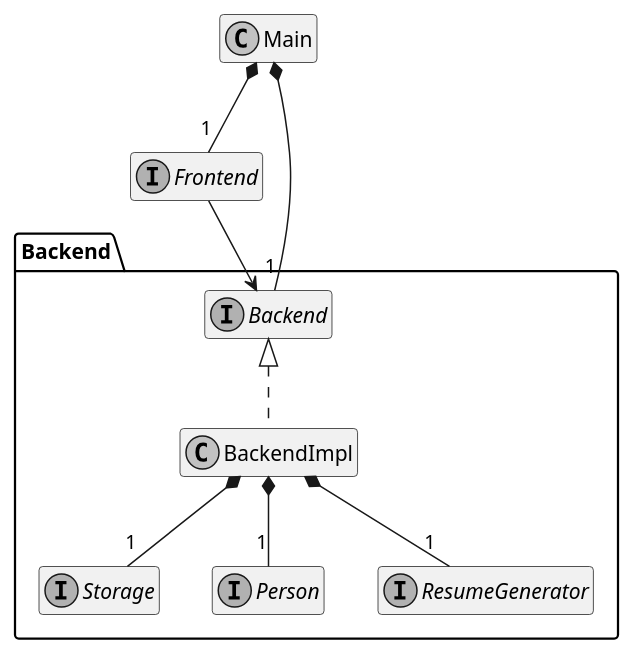
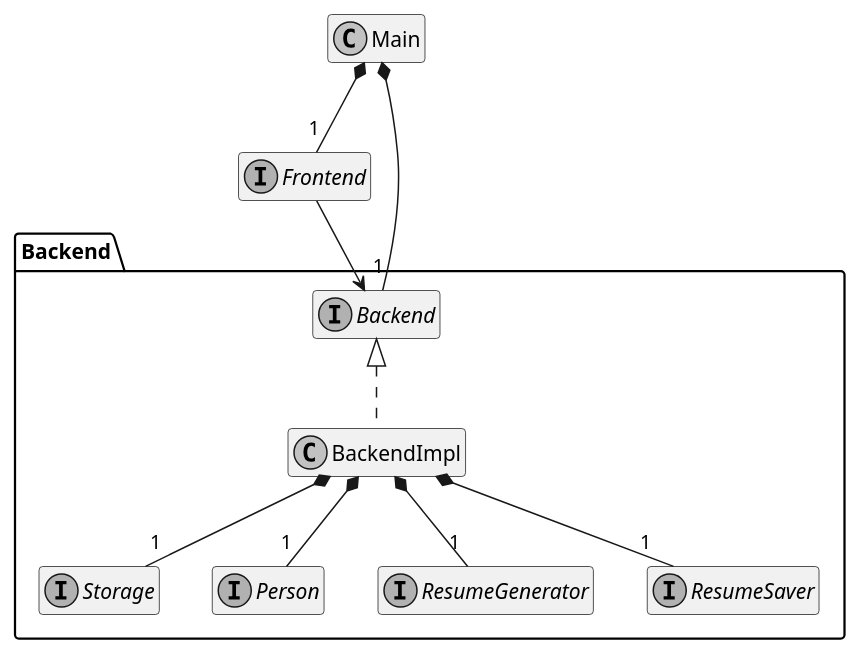
Before and after one commit to marckysan/ResuMe: the diagram in docs/diagrams/BackendArchitectureClassDiagram.puml, drawn with PlantUML. The commit also changed 3 other files, not shown here.

Commit message:
Update high-level architecture class diagram

```diff
--- a/docs/diagrams/BackendArchitectureClassDiagram.puml
+++ b/docs/diagrams/BackendArchitectureClassDiagram.puml
@@ -1,27 +1,30 @@
 @startuml
 
 skinparam monochrome true
 hide empty members
 
 class Main
 interface Frontend
 Main *-- "1" Backend.Backend
 Main *-- "1" Frontend
 Frontend --> Backend.Backend
 
 namespace Backend {
 
 interface Backend
 class BackendImpl
 Backend <|.. BackendImpl
 
 interface Storage
 interface Person
 interface ResumeGenerator
+interface ResumeSaver
+
 BackendImpl *-- "1" Storage
 BackendImpl *-- "1" Person
 BackendImpl *-- "1" ResumeGenerator
+BackendImpl *-- "1" ResumeSaver
 
 }
 
 @enduml
```
